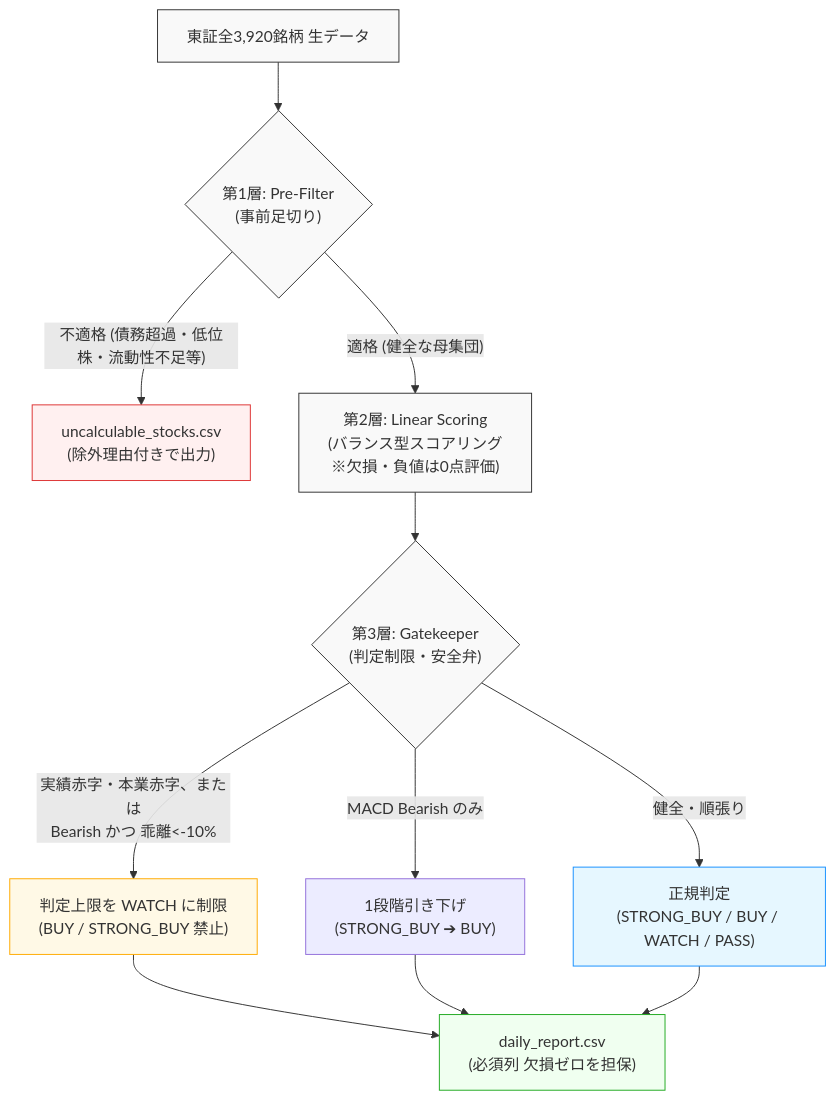
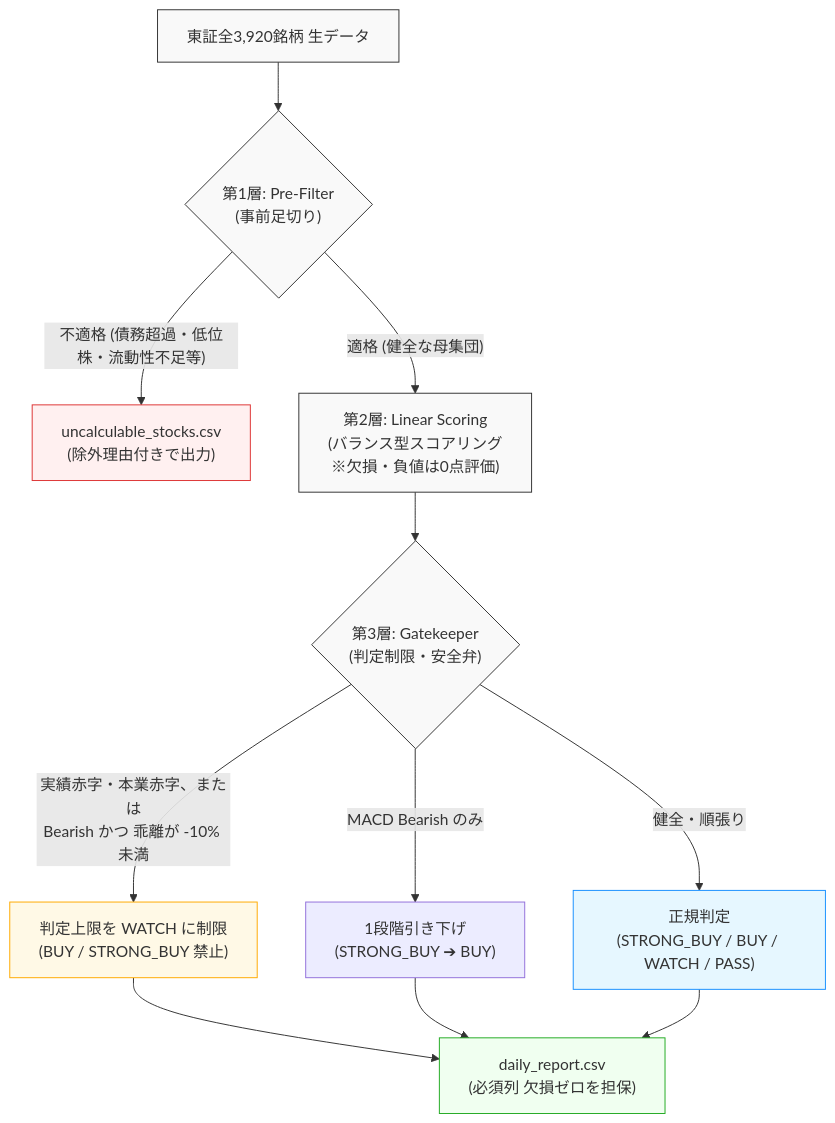
One commit to akkyey/stock-analyzer-core changed the second of 2 diagrams in docs/articles/qiita_part2_quant_gatekeeper.md. Above: the diagram before and after it, drawn with Mermaid. The commit also changed other lines of this file, not shown here.

````diff
--- a/docs/articles/qiita_part2_quant_gatekeeper.md
+++ b/docs/articles/qiita_part2_quant_gatekeeper.md
@@ -126,25 +126,25 @@
 ```mermaid
 flowchart TD
     Raw["東証全3,920銘柄 生データ"] --> L1{"第1層: Pre-Filter<br>(事前足切り)"}
     
     L1 -- "不適格 (債務超過・低位株・流動性不足等)" --> Uncalc["uncalculable_stocks.csv<br>(除外理由付きで出力)"]
     L1 -- "適格 (健全な母集団)" --> L2["第2層: Linear Scoring<br>(バランス型スコアリング<br>※欠損・負値は0点評価)"]
     
     L2 --> L3{"第3層: Gatekeeper<br>(判定制限・安全弁)"}
-    L3 -- "実績赤字・本業赤字、または<br>Bearish かつ 乖離<-10%" --> Cap["判定上限を WATCH に制限<br>(BUY / STRONG_BUY 禁止)"]
+    L3 -- "実績赤字・本業赤字、または<br>Bearish かつ 乖離が -10% 未満" --> Cap["判定上限を WATCH に制限<br>(BUY / STRONG_BUY 禁止)"]
     L3 -- "MACD Bearish のみ" --> StepDown["1段階引き下げ<br>(STRONG_BUY ➔ BUY)"]
     L3 -- "健全・順張り" --> Normal["正規判定<br>(STRONG_BUY / BUY / WATCH / PASS)"]
     
     Cap --> Daily["daily_report.csv<br>(必須列 欠損ゼロを担保)"]
     StepDown --> Daily
     Normal --> Daily
     
     style Raw fill:#f9f9f9,stroke:#333,stroke-width:1px,color:#333
     style L1 fill:#f9f9f9,stroke:#333,stroke-width:1px,color:#333
     style L2 fill:#f9f9f9,stroke:#333,stroke-width:1px,color:#333
     style L3 fill:#f9f9f9,stroke:#333,stroke-width:1px,color:#333
     style Uncalc fill:#fff0f0,stroke:#d33,stroke-width:1px,color:#333
     style Cap fill:#fff9e6,stroke:#fa0,stroke-width:1px,color:#333
     style Normal fill:#e6f7ff,stroke:#1890ff,stroke-width:1px,color:#333
     style Daily fill:#f0fff0,stroke:#2a2,stroke-width:1px,color:#333
 ```
````
